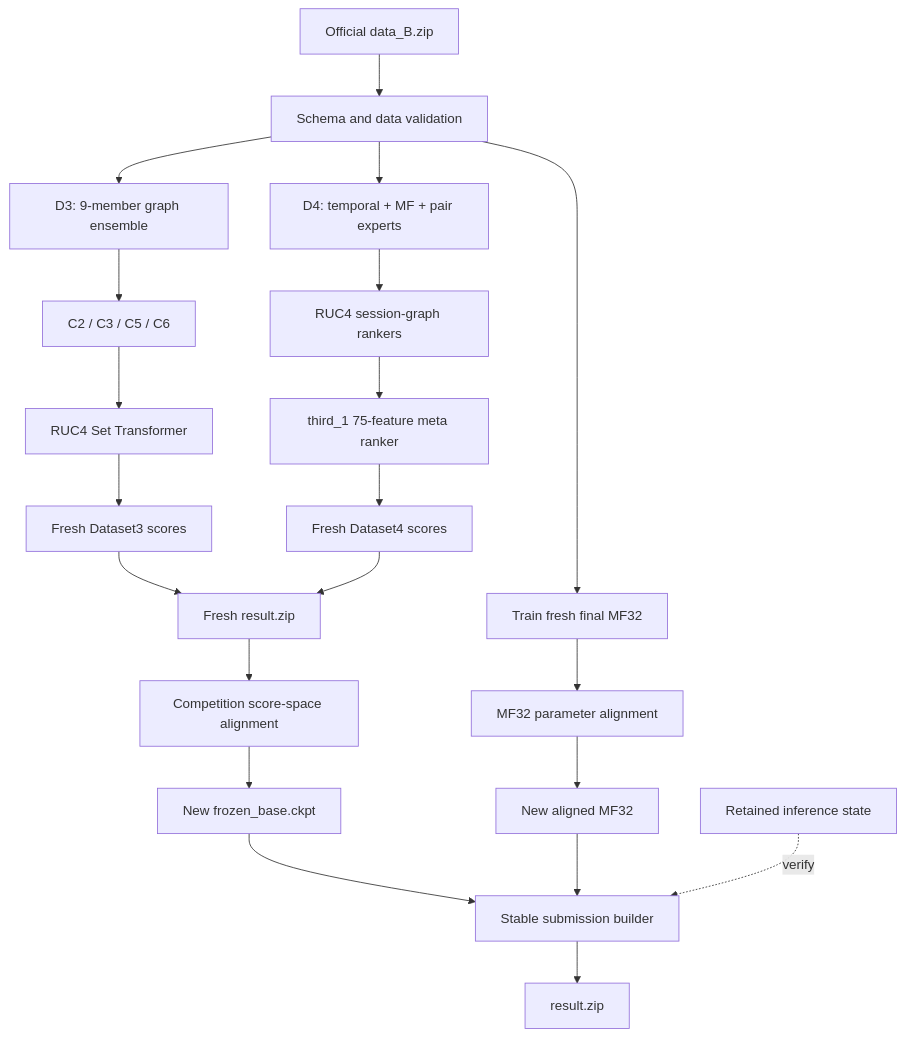
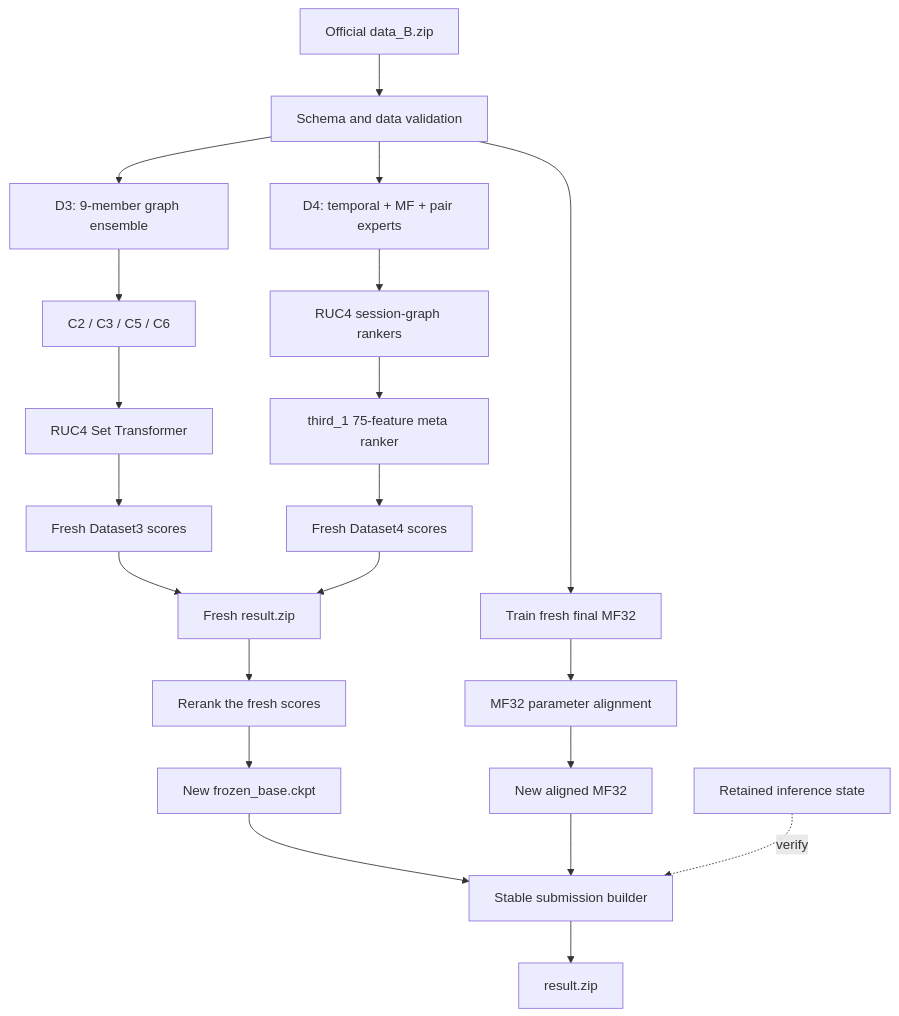
The first of 3 diagrams in B/README.md (laoshan-song/jittor-sader-jituai), drawn with Mermaid before and after one commit. The commit also changed other lines of this file and 6 other files, not shown here.

Commit message:
docs: state fresh-result alignment precisely

````diff
--- a/B/README.md
+++ b/B/README.md
@@ -76,27 +76,27 @@
 ```mermaid
 flowchart TB
     A["Official data_B.zip"] --> V["Schema and data validation"]
 
     V --> D3A["D3: 9-member graph ensemble"]
     D3A --> D3B["C2 / C3 / C5 / C6"]
     D3B --> D3C["RUC4 Set Transformer"]
     D3C --> D3F["Fresh Dataset3 scores"]
 
     V --> D4A["D4: temporal + MF + pair experts"]
     D4A --> D4B["RUC4 session-graph rankers"]
     D4B --> D4C["third_1 75-feature meta ranker"]
     D4C --> D4F["Fresh Dataset4 scores"]
 
     V --> MF["Train fresh final MF32"]
     D3F --> F["Fresh result.zip"]
     D4F --> F
-    F --> L["Competition score-space alignment"]
+    F --> L["Rerank the fresh scores"]
     L --> B["New frozen_base.ckpt"]
     MF --> M["MF32 parameter alignment"]
     M --> Q["New aligned MF32"]
     B --> S["Stable submission builder"]
     Q --> S
 
     R["Retained inference state"] -. verify .-> S
     S --> Z["result.zip"]
 ```
````
